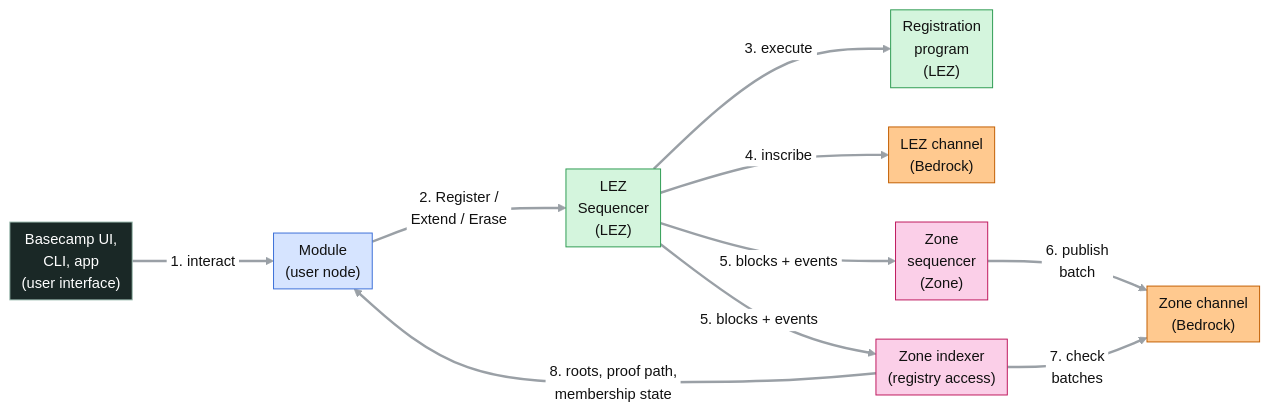
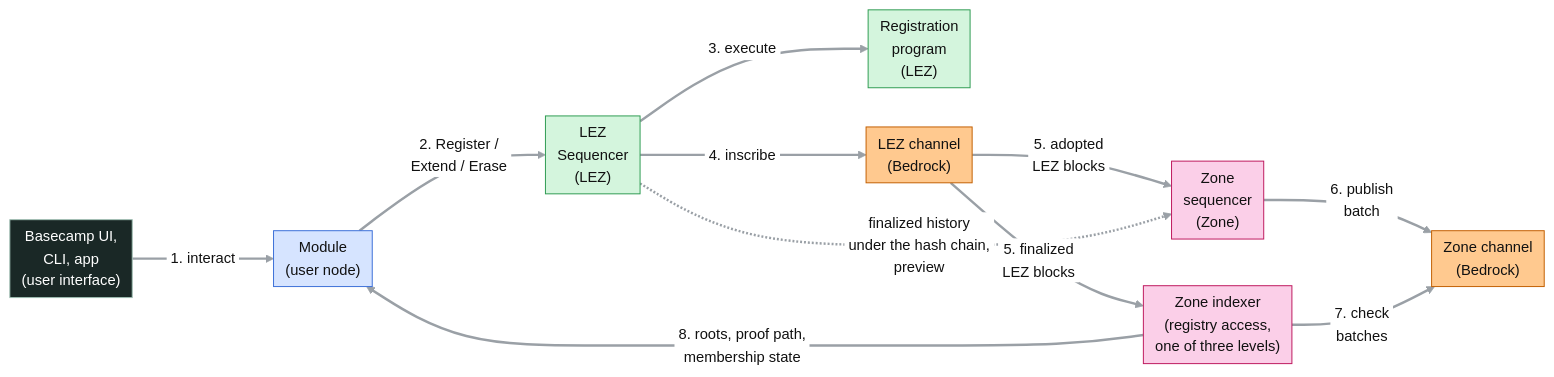
One commit to logos-co/logos-rln-membership-zone changed the first of 10 diagrams in docs/rfc-rln-membership-zone.md. Above: the diagram before and after it, drawn with Mermaid. The commit also changed other lines of this file and 1 other file, not shown here.

Commit message:
docs: Overview flows and components match the design: LEZ from Bedrock, three registry-access levels, slash path

````diff
--- a/docs/rfc-rln-membership-zone.md
+++ b/docs/rfc-rln-membership-zone.md
@@ -184,25 +188,26 @@
 ```mermaid
 %%{init: {"theme": "base", "flowchart": {"curve": "basis", "nodeSpacing": 40, "rankSpacing": 70, "padding": 6}, "themeVariables": {"lineColor": "#9aa0a6", "primaryTextColor": "#111111", "edgeLabelBackground": "#ffffff", "fontSize": "15px"}, "themeCSS": "marker { overflow: visible; } .arrowMarkerPath { transform: scale(1.7); transform-origin: 5px 5px; } .edgeLabel, .edgeLabel p, .edgeLabel span { font-size: 12px; line-height: 1.2; }"}}%%
 flowchart LR
     APP["Basecamp UI,<br/>CLI, app<br/>(user interface)"] -->|"#nbsp;1. interact#nbsp;"| MOD["Module<br/>(user node)"]
     MOD -->|"#nbsp;2. Register /#nbsp;<br/>#nbsp;Extend / Erase#nbsp;"| LSEQ["LEZ<br/>Sequencer<br/>(LEZ)"]
     LSEQ -->|"#nbsp;3. execute#nbsp;"| PROG["Registration<br/>program<br/>(LEZ)"]
     LSEQ -->|"#nbsp;4. inscribe#nbsp;"| LCH["LEZ channel<br/>(Bedrock)"]
-    LSEQ -->|"#nbsp;5. blocks + events#nbsp;"| ZSEQ["Zone<br/>sequencer<br/>(Zone)"]
-    LSEQ -->|"#nbsp;5. blocks + events#nbsp;"| IDX["Zone indexer<br/>(registry access)"]
+    LCH -->|"#nbsp;5. adopted#nbsp;<br/>#nbsp;LEZ blocks#nbsp;"| ZSEQ["Zone<br/>sequencer<br/>(Zone)"]
+    LCH -->|"#nbsp;5. finalized#nbsp;<br/>#nbsp;LEZ blocks#nbsp;"| IDX["Zone indexer<br/>(registry access,<br/>one of three levels)"]
+    LSEQ -.->|"#nbsp;finalized history#nbsp;<br/>#nbsp;under the hash chain,#nbsp;<br/>#nbsp;preview#nbsp;"| ZSEQ
     ZSEQ -->|"#nbsp;6. publish#nbsp;<br/>#nbsp;batch#nbsp;"| ZCH["Zone channel<br/>(Bedrock)"]
     IDX -->|"#nbsp;7. check#nbsp;<br/>#nbsp;batches#nbsp;"| ZCH
     IDX -->|"#nbsp;8. roots, proof path,#nbsp;<br/>#nbsp;membership state#nbsp;"| MOD
     linkStyle default stroke-width:2.5px
 
     classDef ui fill:#1a2826,stroke:#9fbfb3,color:#ffffff
     classDef user fill:#d6e4ff,stroke:#3b6fd8,color:#111111
     classDef lez fill:#d4f5dd,stroke:#2e9b52,color:#111111
     classDef l1 fill:#ffc98f,stroke:#c25e00,color:#111111
     classDef zone fill:#fbcfe8,stroke:#be185d,color:#111111
     class APP ui
     class MOD user
     class LSEQ,PROG lez
     class LCH,ZCH l1
     class ZSEQ,IDX zone
 ```
````
